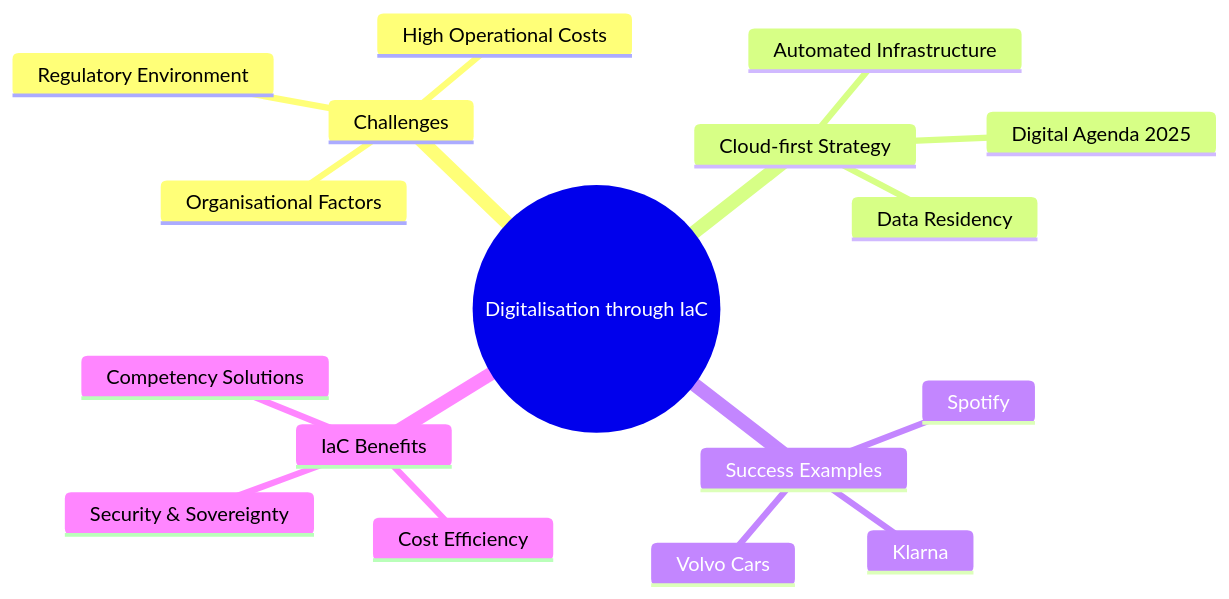
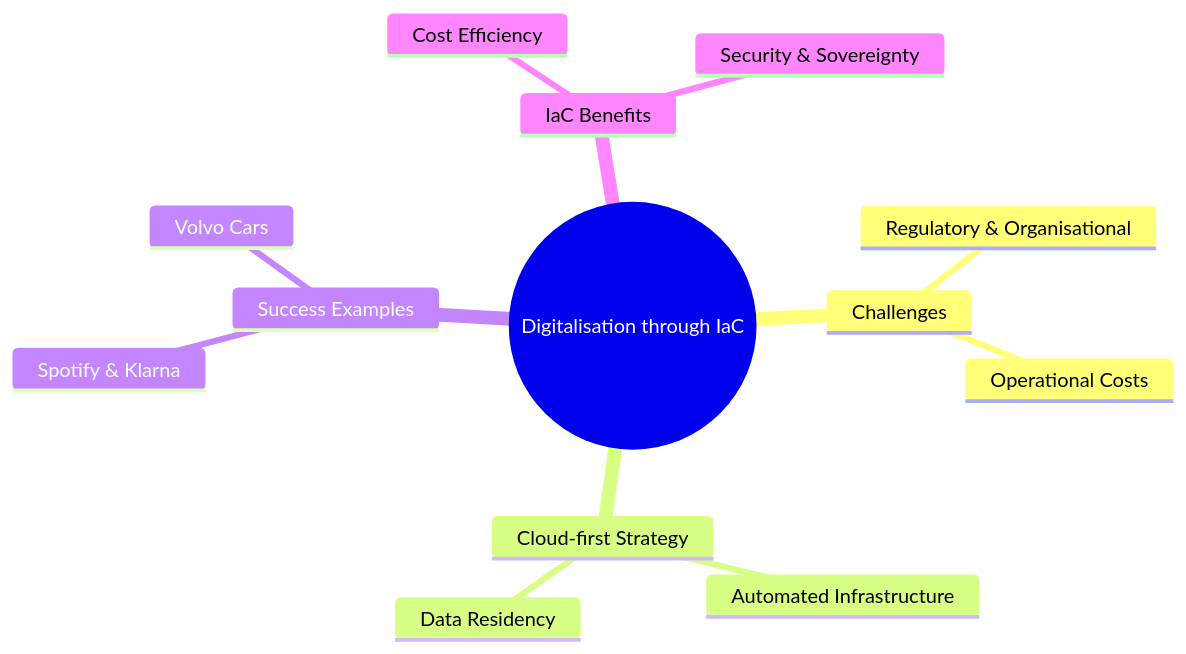
Before and after one commit to Geonitab/architecture_as_code: the diagram in docs/images/mindmap_19_digitalization.mmd, drawn with Mermaid. The commit also changed 10 other files, not shown here.

First line of the commit message:
Simplify complex diagrams to improve readability

```diff
--- a/docs/images/mindmap_19_digitalization.mmd
+++ b/docs/images/mindmap_19_digitalization.mmd
@@ -1,18 +1,14 @@
 mindmap
   root((Digitalisation through IaC))
     Challenges
-      Regulatory Environment
-      Organisational Factors
-      High Operational Costs
+      Regulatory & Organisational
+      Operational Costs
     Cloud-first Strategy
-      Digital Agenda 2025
       Automated Infrastructure
       Data Residency
     Success Examples
-      Spotify
-      Klarna
+      Spotify & Klarna
       Volvo Cars
     IaC Benefits
       Cost Efficiency
-      Competency Solutions
       Security & Sovereignty
```
